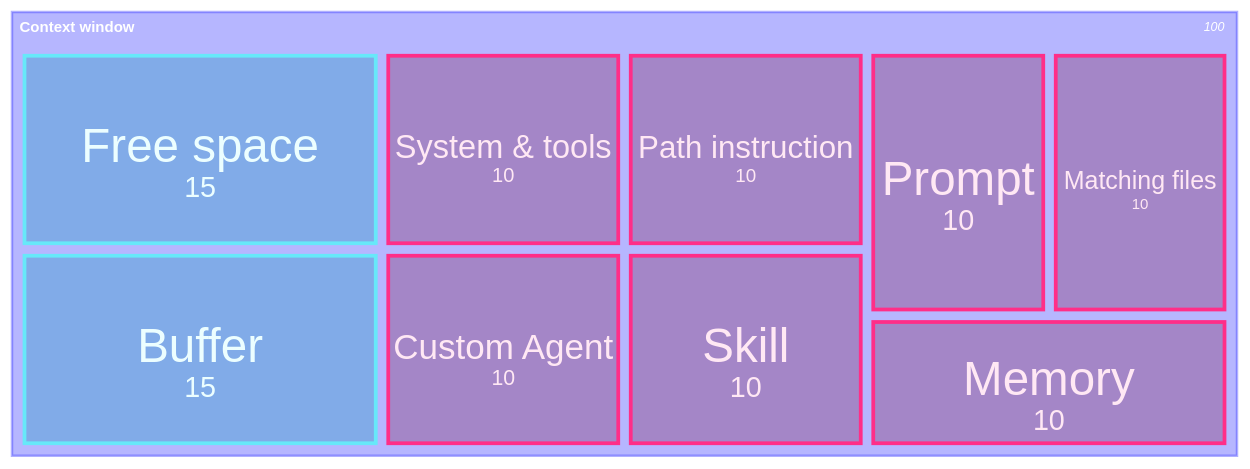
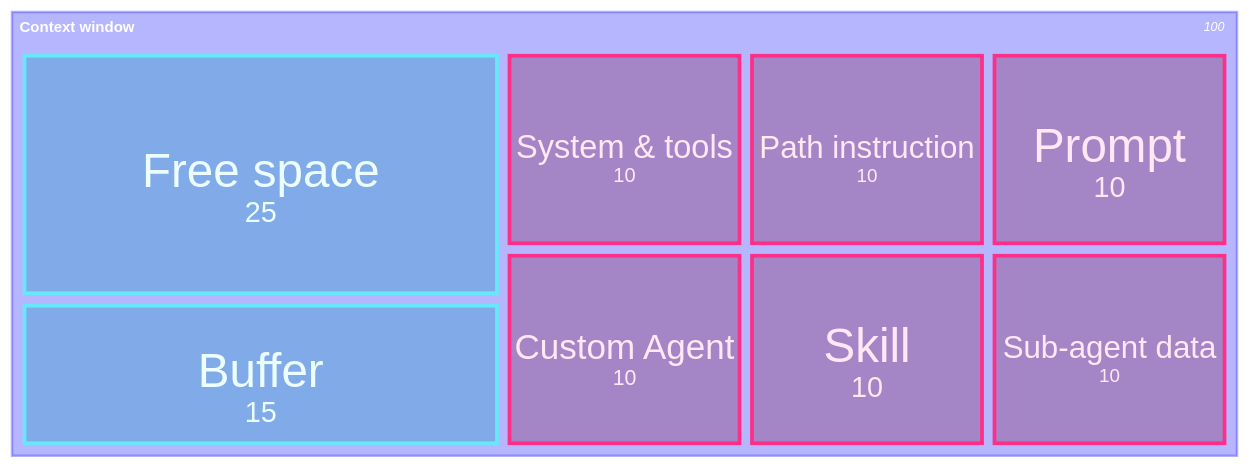
One commit to theomonfort/theomonfort changed the fifth of 6 diagrams in src/content/glossary/context-engineering.md. Above: the diagram before and after it, drawn with Mermaid. The commit also changed other lines of this file, not shown here.

````diff
--- a/src/content/glossary/context-engineering.md
+++ b/src/content/glossary/context-engineering.md
@@ -90,15 +103,14 @@
 ```mermaid
 treemap-beta
 "Context window"
   "System & tools": 10:::used
   "Custom Agent": 10:::used
   "Path instruction": 10:::used
   "Skill": 10:::used
   "Prompt": 10:::used
-  "Matching files": 10:::used
-  "Memory": 10:::used
-  "Free space": 15:::free
+  "Sub-agent data": 10:::used
+  "Free space": 25:::free
   "Buffer": 15:::free
 classDef used fill:#7a1748,stroke:#ff2e88,color:#ffe8f4
 classDef free fill:#0891b2,stroke:#67e8f9,color:#ecfeff
 ```
````
